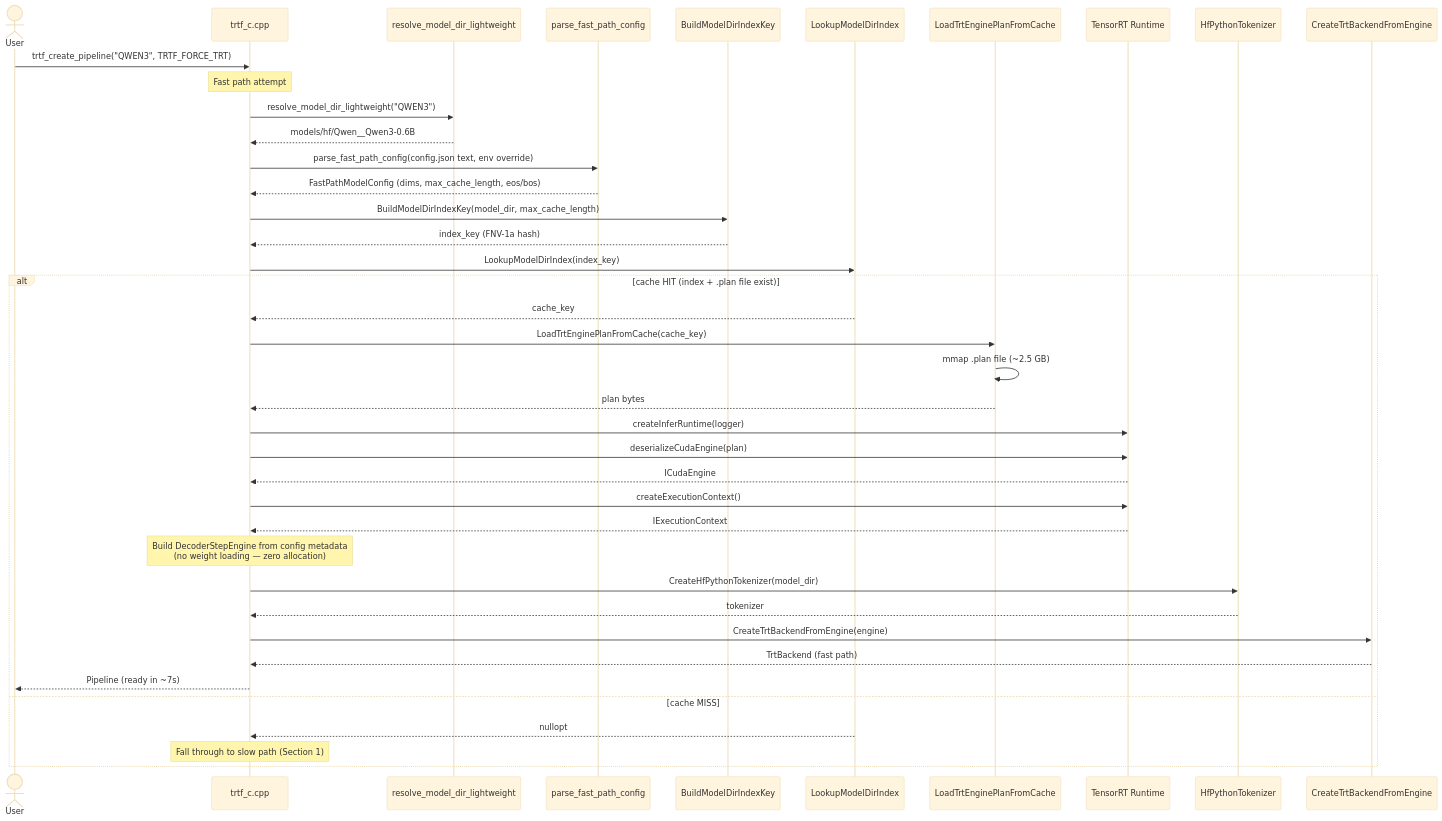
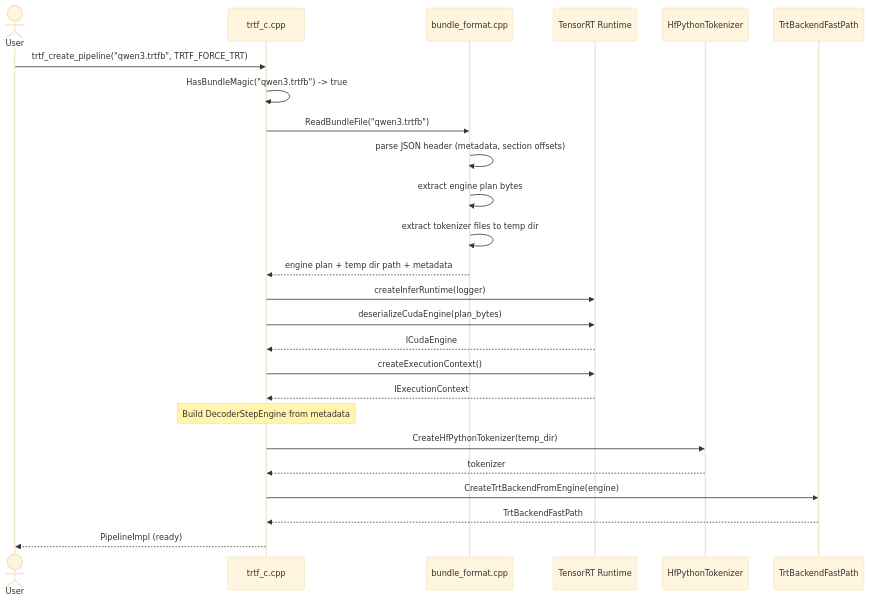
The second of 5 diagrams in docs/wiki/Dynamic-Design.md (AbishekCoder1/TensorRT-Model-Connect), drawn with Mermaid (base theme) before and after one commit. The commit also changed other lines of this file and 108 other files, not shown here.

````diff
--- a/docs/wiki/Dynamic-Design.md
+++ b/docs/wiki/Dynamic-Design.md
@@ -90,53 +78,35 @@
 ```mermaid
 sequenceDiagram
     actor User
     participant CABI as trtf_c.cpp
-    participant Dir as resolve_model_dir_lightweight
-    participant Cfg as parse_fast_path_config
-    participant Idx as BuildModelDirIndexKey
-    participant Lkp as LookupModelDirIndex
-    participant Load as LoadTrtEnginePlanFromCache
+    participant BF as bundle_format.cpp
     participant TRT as TensorRT Runtime
     participant Tok as HfPythonTokenizer
-    participant BE as CreateTrtBackendFromEngine
+    participant BE as TrtBackendFastPath
 
-    User->>CABI: trtf_create_pipeline("QWEN3", TRTF_FORCE_TRT)
+    User->>CABI: trtf_create_pipeline("qwen3.trtfb", TRTF_FORCE_TRT)
 
-    Note over CABI: Fast path attempt
-    CABI->>Dir: resolve_model_dir_lightweight("QWEN3")
-    Dir-->>CABI: models/hf/Qwen__Qwen3-0.6B
+    CABI->>CABI: HasBundleMagic("qwen3.trtfb") -> true
 
-    CABI->>Cfg: parse_fast_path_config(config.json text, env override)
-    Cfg-->>CABI: FastPathModelConfig (dims, max_cache_length, eos/bos)
+    CABI->>BF: ReadBundleFile("qwen3.trtfb")
+    BF->>BF: parse JSON header (metadata, section offsets)
+    BF->>BF: extract engine plan bytes
+    BF->>BF: extract tokenizer files to temp dir
+    BF-->>CABI: engine plan + temp dir path + metadata
 
-    CABI->>Idx: BuildModelDirIndexKey(model_dir, max_cache_length)
-    Idx-->>CABI: index_key (FNV-1a hash)
+    CABI->>TRT: createInferRuntime(logger)
+    CABI->>TRT: deserializeCudaEngine(plan_bytes)
+    TRT-->>CABI: ICudaEngine
+    CABI->>TRT: createExecutionContext()
+    TRT-->>CABI: IExecutionContext
 
-    CABI->>Lkp: LookupModelDirIndex(index_key)
-    alt cache HIT (index + .plan file exist)
-        Lkp-->>CABI: cache_key
+    Note over CABI: Build DecoderStepEngine from metadata
 
-        CABI->>Load: LoadTrtEnginePlanFromCache(cache_key)
-        Load->>Load: mmap .plan file (~2.5 GB)
-        Load-->>CABI: plan bytes
+    CABI->>Tok: CreateHfPythonTokenizer(temp_dir)
+    Tok-->>CABI: tokenizer
 
-        CABI->>TRT: createInferRuntime(logger)
-        CABI->>TRT: deserializeCudaEngine(plan)
-        TRT-->>CABI: ICudaEngine
-        CABI->>TRT: createExecutionContext()
-        TRT-->>CABI: IExecutionContext
+    CABI->>BE: CreateTrtBackendFromEngine(engine)
+    BE-->>CABI: TrtBackendFastPath
 
-        Note over CABI: Build DecoderStepEngine from config metadata<br/>(no weight loading — zero allocation)
-
-        CABI->>Tok: CreateHfPythonTokenizer(model_dir)
-        Tok-->>CABI: tokenizer
-
-        CABI->>BE: CreateTrtBackendFromEngine(engine)
-        BE-->>CABI: TrtBackend (fast path)
-
-        CABI-->>User: Pipeline (ready in ~7s)
-    else cache MISS
-        Lkp-->>CABI: nullopt
-        Note over CABI: Fall through to slow path (Section 1)
-    end
+    CABI-->>User: PipelineImpl (ready)
 ```
````
